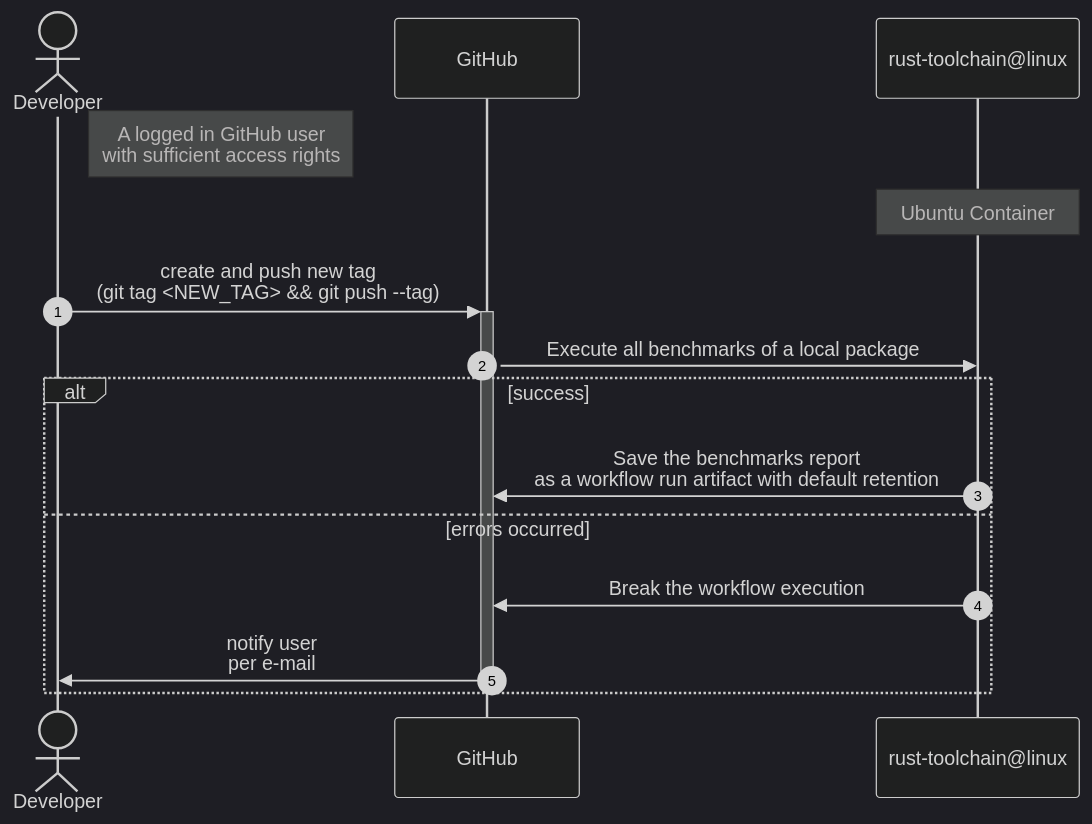
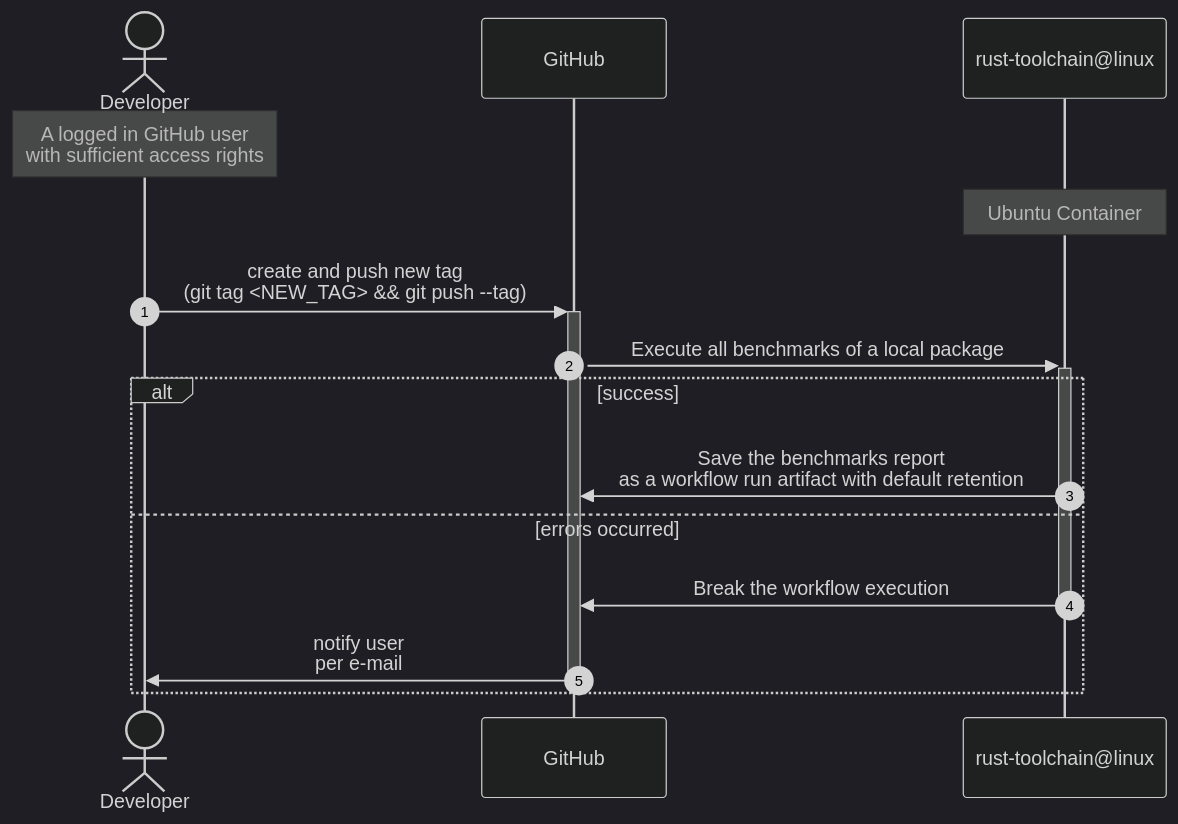
The fourth of 4 diagrams in README.md (swiyu-admin-ch/github-actions-workflows), drawn with Mermaid (dark theme) before and after one commit. The commit also changed other lines of this file, not shown here.

````diff
--- a/README.md
+++ b/README.md
@@ -110,22 +110,21 @@
 ```mermaid
 sequenceDiagram
     autonumber
 
     actor dev as Developer
     participant gh as GitHub
     participant rust   as rust-toolchain@linux
 
-    %%Note over dev,CodeQL: The user must be logged in
-    Note right of dev: A logged in GitHub user<br> with sufficient access rights
+    Note over dev: A logged in GitHub user<br> with sufficient access rights
     Note over rust,rust: Ubuntu Container
 
     dev    ->>+ gh: create and push new tag<br>(git tag <NEW_TAG> && git push --tag)
-    gh     ->> rust: Execute all benchmarks of a local package
+    gh     ->>+ rust: Execute all benchmarks of a local package
 
     alt success
         rust ->> gh: Save the benchmarks report<br> as a workflow run artifact with default retention
     else errors occurred
-        rust ->> gh: Break the workflow execution
+        rust ->>- gh: Break the workflow execution
         gh   ->>- dev: notify user<br>per e-mail
     end
 ```
````
